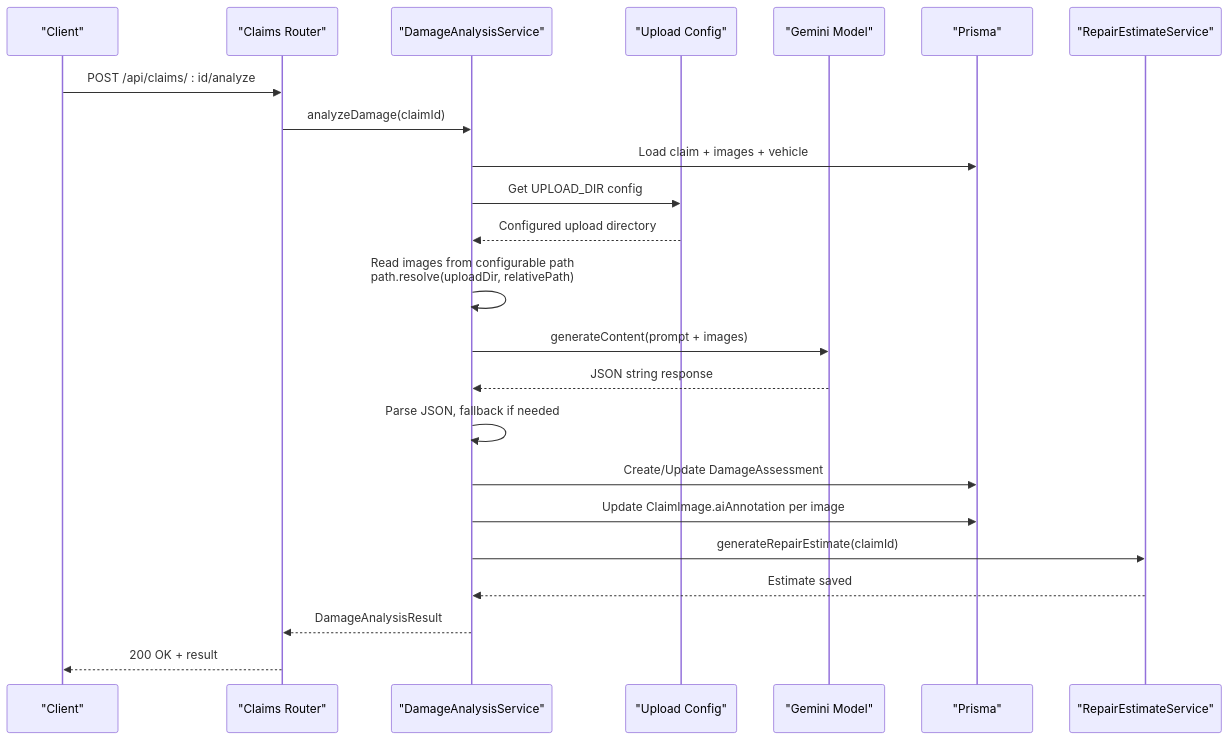
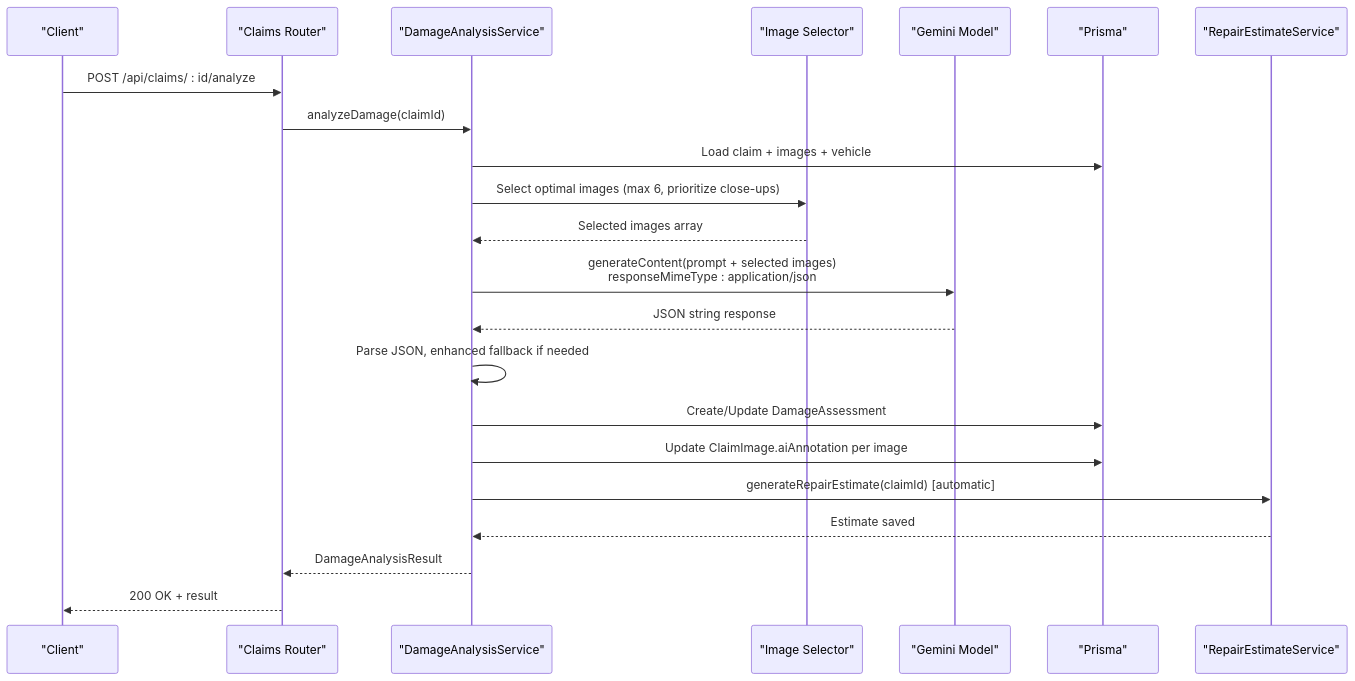
The second of 6 diagrams in .qoder/repowiki/en/content/Backend Documentation/Business Logic & Services/Damage Analysis Service.md (NaveenHiranya/Smart-Vehicle-Insurance-Claim-System), drawn with Mermaid before and after one commit. The commit also changed other lines of this file and 33 other files, not shown here.

````diff
--- a/.qoder/repowiki/en/content/Backend Documentation/Business Logic & Services/Damage Analysis Service.md
+++ b/.qoder/repowiki/en/content/Backend Documentation/Business Logic & Services/Damage Analysis Service.md
@@ -100,25 +104,24 @@
 ```mermaid
 sequenceDiagram
 participant C as "Client"
 participant R as "Claims Router"
 participant S as "DamageAnalysisService"
-participant U as "Upload Config"
+participant IS as "Image Selector"
 participant G as "Gemini Model"
 participant P as "Prisma"
 participant E as "RepairEstimateService"
 C->>R : POST /api/claims/ : id/analyze
 R->>S : analyzeDamage(claimId)
 S->>P : Load claim + images + vehicle
-S->>U : Get UPLOAD_DIR config
-U-->>S : Configured upload directory
-S->>S : Read images from configurable path<br/>path.resolve(uploadDir, relativePath)
-S->>G : generateContent(prompt + images)
+S->>IS : Select optimal images (max 6, prioritize close-ups)
+IS-->>S : Selected images array
+S->>G : generateContent(prompt + selected images)<br/>responseMimeType : application/json
 G-->>S : JSON string response
-S->>S : Parse JSON, fallback if needed
+S->>S : Parse JSON, enhanced fallback if needed
 S->>P : Create/Update DamageAssessment
 S->>P : Update ClaimImage.aiAnnotation per image
-S->>E : generateRepairEstimate(claimId)
+S->>E : generateRepairEstimate(claimId) [automatic]
 E-->>S : Estimate saved
 S-->>R : DamageAnalysisResult
 R-->>C : 200 OK + result
 ```
````
